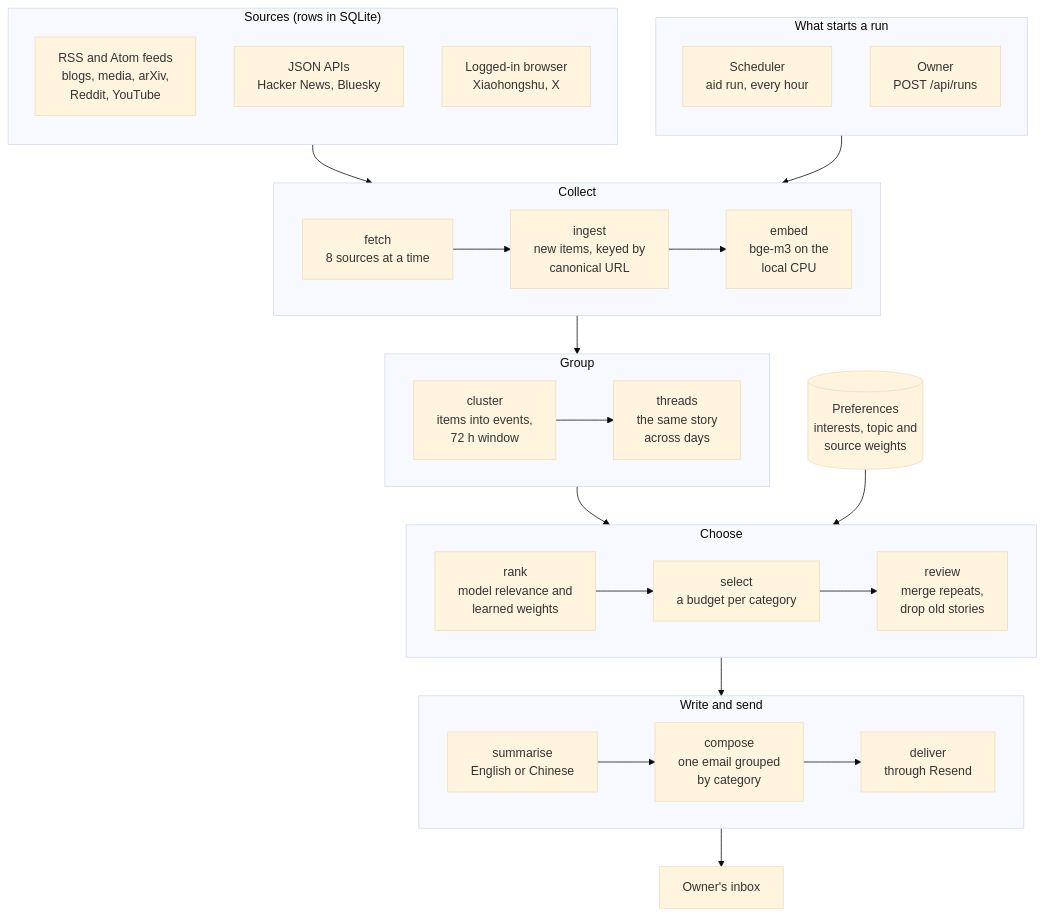
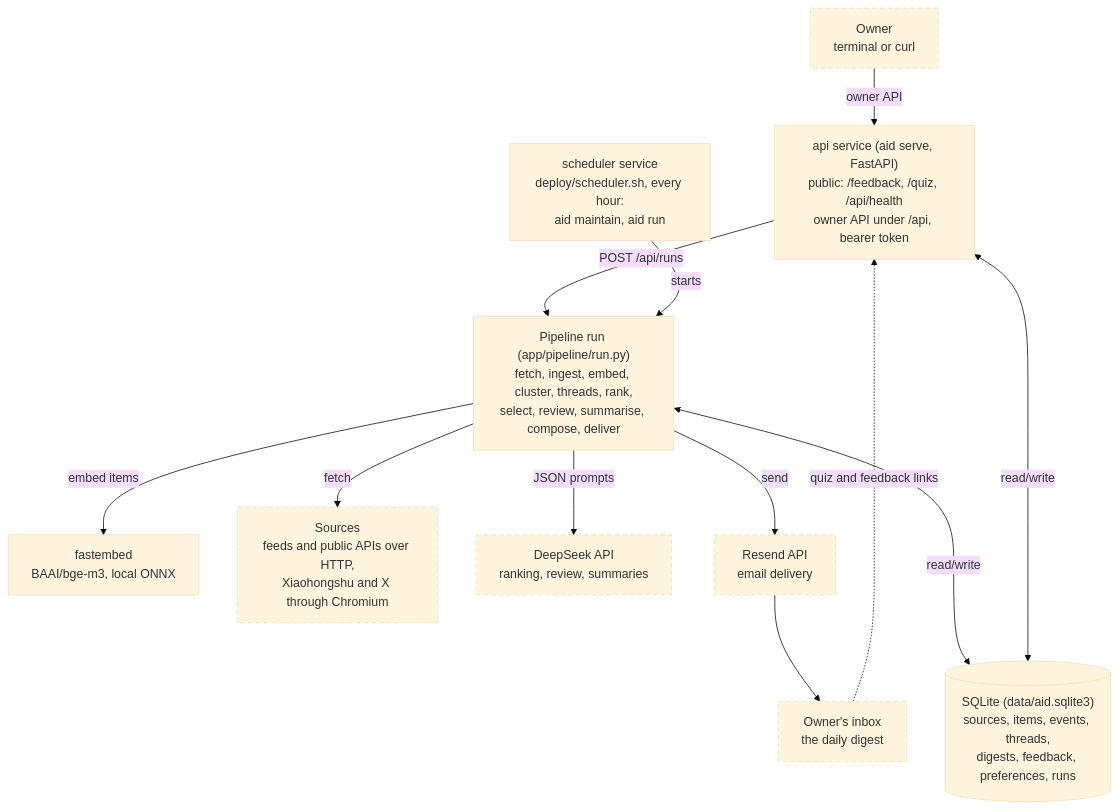
Before and after one commit to ItisHuskie777/ai-infra-daily-server: the first of 3 diagrams in README.md, drawn with Mermaid (base theme). The commit also changed other lines of this file, not shown here.

````diff
--- a/README.md
+++ b/README.md
@@ -33,45 +37,28 @@
 ```mermaid
-flowchart TB
-    subgraph SOURCES["Sources (rows in SQLite)"]
-        direction TB
-        FEEDS["RSS and Atom feeds<br/>blogs, media, arXiv,<br/>Reddit, YouTube"]
-        APIS["JSON APIs<br/>Hacker News, Bluesky"]
-        SOCIAL["Logged-in browser<br/>Xiaohongshu, X"]
-    end
+graph TB
+    OWNER["Owner<br/>terminal or curl"]
+    LOOP["scheduler service<br/>deploy/scheduler.sh, every hour:<br/>aid maintain, aid run"]
+    API["api service (aid serve, FastAPI)<br/>public: /feedback, /quiz, /api/health<br/>owner API under /api, bearer token"]
+    PIPELINE["Pipeline run (app/pipeline/run.py)<br/>fetch, ingest, embed, cluster, threads, rank,<br/>select, review, summarise, compose, deliver"]
+    EMBEDDER["fastembed<br/>BAAI/bge-m3, local ONNX"]
+    DB[("SQLite (data/aid.sqlite3)<br/>sources, items, events, threads,<br/>digests, feedback, preferences, runs")]
+    SOURCES["Sources<br/>feeds and public APIs over HTTP,<br/>Xiaohongshu and X through Chromium"]
+    LLM["DeepSeek API<br/>ranking, review, summaries"]
+    RESEND["Resend API<br/>email delivery"]
+    INBOX["Owner's inbox<br/>the daily digest"]
 
-    subgraph TRIGGERS["What starts a run"]
-        direction TB
-        TIMER["Scheduler<br/>aid run, every hour"]
-        MANUAL["Owner<br/>POST /api/runs"]
-    end
+    OWNER -->|"owner API"| API
+    API -->|"POST /api/runs"| PIPELINE
+    LOOP -->|"starts"| PIPELINE
+    PIPELINE -->|"fetch"| SOURCES
+    PIPELINE -->|"embed items"| EMBEDDER
+    PIPELINE -->|"JSON prompts"| LLM
+    PIPELINE -->|"send"| RESEND
+    PIPELINE <--->|"read/write"| DB
+    API <--->|"read/write"| DB
+    RESEND --> INBOX
+    INBOX -.->|"quiz and feedback links"| API
 
-    subgraph COLLECT["Collect"]
-        direction LR
-        FETCH["fetch<br/>8 sources at a time"] --> INGEST["ingest<br/>new items, keyed by<br/>canonical URL"] --> EMBED["embed<br/>bge-m3 on the<br/>local CPU"]
-    end
-
-    subgraph GROUP["Group"]
-        direction LR
-        CLUSTER["cluster<br/>items into events,<br/>72 h window"] --> THREADS["threads<br/>the same story<br/>across days"]
-    end
-
-    subgraph CHOOSE["Choose"]
-        direction LR
-        RANK["rank<br/>model relevance and<br/>learned weights"] --> SELECT["select<br/>a budget per category"] --> REVIEW["review<br/>merge repeats,<br/>drop old stories"]
-    end
-
-    subgraph WRITE["Write and send"]
-        direction LR
-        SUMMARISE["summarise<br/>English or Chinese"] --> COMPOSE["compose<br/>one email grouped<br/>by category"] --> DELIVER["deliver<br/>through Resend"]
-    end
-
-    PREFS[("Preferences<br/>interests, topic and<br/>source weights")]
-
-    SOURCES --> COLLECT
-    TRIGGERS --> COLLECT
-    COLLECT --> GROUP
-    GROUP --> CHOOSE
-    PREFS --> CHOOSE
-    CHOOSE --> WRITE
-    WRITE --> INBOX["Owner's inbox"]
+    classDef outside stroke-dasharray: 6 4
+    class OWNER,SOURCES,LLM,RESEND,INBOX outside
 ```
````
